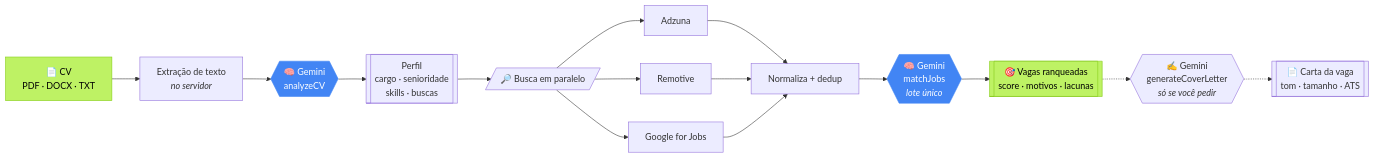
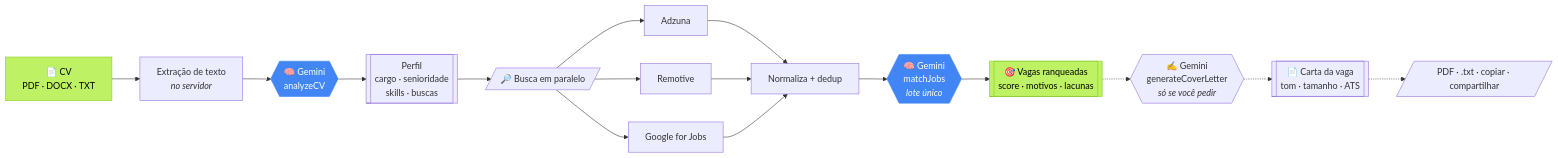
One commit to cielioqueiroz/buscador-de-cv changed the diagram in README.md. Above: the diagram before and after it, drawn with Mermaid. The commit also changed other lines of this file and 10 other files, not shown here.

````diff
--- a/README.md
+++ b/README.md
@@ -51,20 +52,21 @@
 ```mermaid
 flowchart LR
     A[📄 CV<br/>PDF · DOCX · TXT] --> B[Extração de texto<br/><i>no servidor</i>]
     B --> C{{"🧠 Gemini<br/>analyzeCV"}}
     C --> D[["Perfil<br/>cargo · senioridade<br/>skills · buscas"]]
     D --> E[/"🔎 Busca em paralelo"/]
     E --> F1[Adzuna]
     E --> F2[Remotive]
     E --> F3[Google for Jobs]
     F1 & F2 & F3 --> G[Normaliza + dedup]
     G --> H{{"🧠 Gemini<br/>matchJobs<br/><i>lote único</i>"}}
     H --> I[["🎯 Vagas ranqueadas<br/>score · motivos · lacunas"]]
     I -.-> J{{"✍️ Gemini<br/>generateCoverLetter<br/><i>só se você pedir</i>"}}
     J -.-> K[["📄 Carta da vaga<br/>tom · tamanho · ATS"]]
+    K -.-> L[/"PDF · .txt · copiar · compartilhar"/]
 
     style C fill:#4285F4,stroke:#4285F4,color:#fff
     style H fill:#4285F4,stroke:#4285F4,color:#fff
     style I fill:#bef264,stroke:#84cc16,color:#000
     style A fill:#bef264,stroke:#84cc16,color:#000
 ```
````
